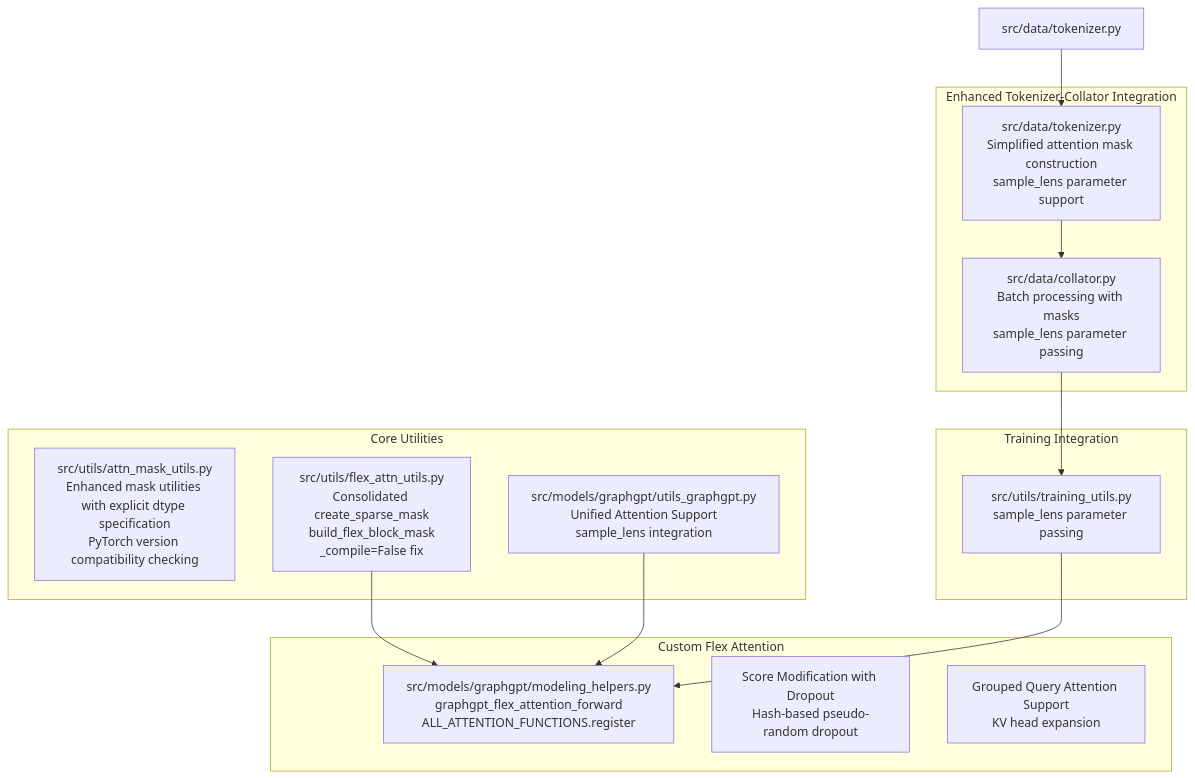
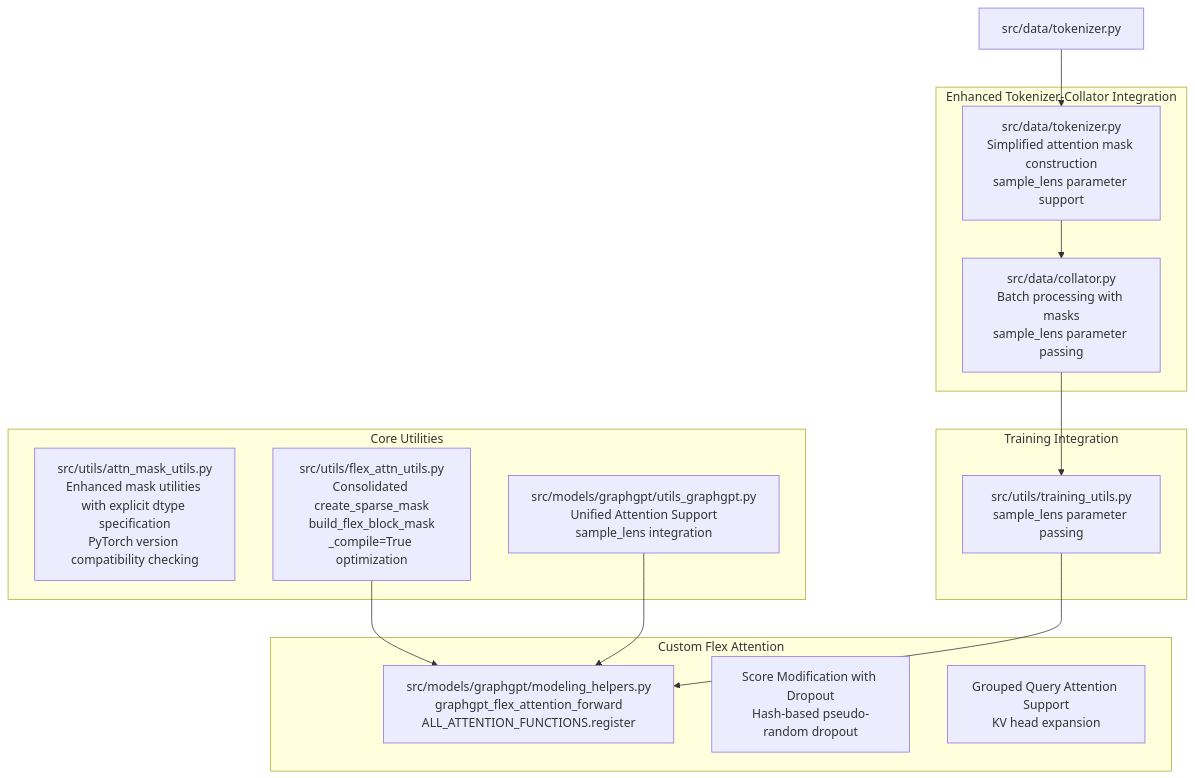
Before and after one commit to alibaba/graph-gpt: the first of 12 diagrams in .qoder/repowiki/en/content/Utility Functions/Attention Mask Utilities.md, drawn with Mermaid. The commit also changed other lines of this file and 6 other files, not shown here.

````diff
--- a/.qoder/repowiki/en/content/Utility Functions/Attention Mask Utilities.md
+++ b/.qoder/repowiki/en/content/Utility Functions/Attention Mask Utilities.md
@@ -50,26 +47,26 @@
 ```mermaid
 graph TB
 subgraph "Enhanced Tokenizer-Collator Integration"
 TC1["src/data/tokenizer.py<br/>Simplified attention mask construction<br/>sample_lens parameter support"]
 CC1["src/data/collator.py<br/>Batch processing with masks<br/>sample_lens parameter passing"]
 end
 subgraph "Custom Flex Attention"
 CF1["src/models/graphgpt/modeling_helpers.py<br/>graphgpt_flex_attention_forward<br/>ALL_ATTENTION_FUNCTIONS.register"]
 CF2["Score Modification with Dropout<br/>Hash-based pseudo-random dropout"]
 CF3["Grouped Query Attention Support<br/>KV head expansion"]
 end
 subgraph "Core Utilities"
 U1["src/utils/attn_mask_utils.py<br/>Enhanced mask utilities with explicit dtype specification<br/>PyTorch version compatibility checking"]
-U2["src/utils/flex_attn_utils.py<br/>Consolidated create_sparse_mask<br/>build_flex_block_mask<br/>_compile=False fix"]
+U2["src/utils/flex_attn_utils.py<br/>Consolidated create_sparse_mask<br/>build_flex_block_mask<br/>_compile=True optimization"]
 U3["src/models/graphgpt/utils_graphgpt.py<br/>Unified Attention Support<br/>sample_lens integration"]
 end
 subgraph "Training Integration"
 TU1["src/utils/training_utils.py<br/>sample_lens parameter passing"]
 end
 T1["src/data/tokenizer.py"] --> TC1
 TC1 --> CC1
 CC1 --> TU1
 U2 --> CF1
 U3 --> CF1
 TU1 --> CF1
 ```
````
